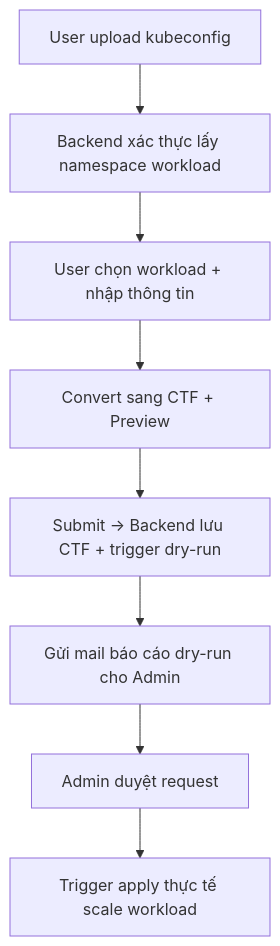
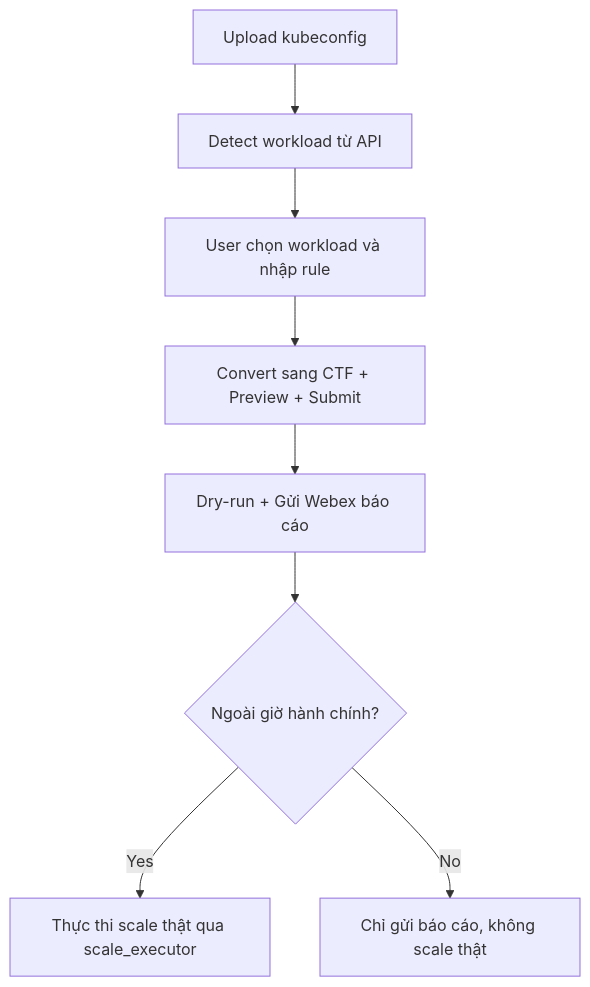
Before and after one commit to bachmt28/k8s-autoscaler: the diagram in urd_autoscale.md, drawn with Mermaid. The commit also changed other lines of this file, not shown here.

````diff
--- a/urd_autoscale.md
+++ b/urd_autoscale.md
@@ -49,10 +51,10 @@
 ```mermaid
 graph TD
-  A[User upload kubeconfig] --> B[Backend xác thực lấy namespace workload]
-  B --> C[User chọn workload + nhập thông tin]
-  C --> D[Convert sang CTF + Preview]
-  D --> E[Submit → Backend lưu CTF + trigger dry-run]
-  E --> F[Gửi mail báo cáo dry-run cho Admin]
-  F --> G[Admin duyệt request]
-  G --> H[Trigger apply thực tế scale workload]
+  A[Upload kubeconfig] --> B[Detect workload từ API]
+  B --> C[User chọn workload và nhập rule]
+  C --> D[Convert sang CTF + Preview + Submit]
+  D --> E[Dry-run + Gửi Webex báo cáo]
+  E --> F{Ngoài giờ hành chính?}
+  F -- Yes --> G[Thực thi scale thật qua scale_executor]
+  F -- No --> H[Chỉ gửi báo cáo, không scale thật]
 ```
````
